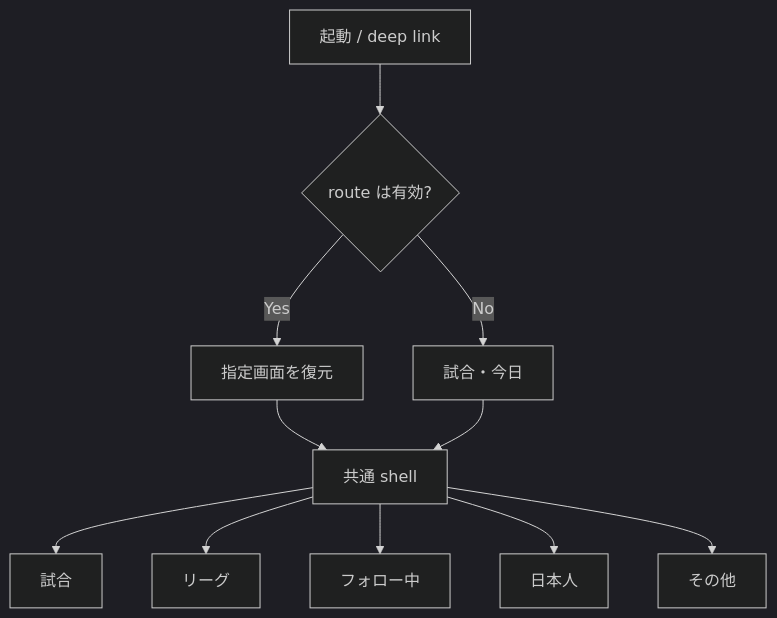
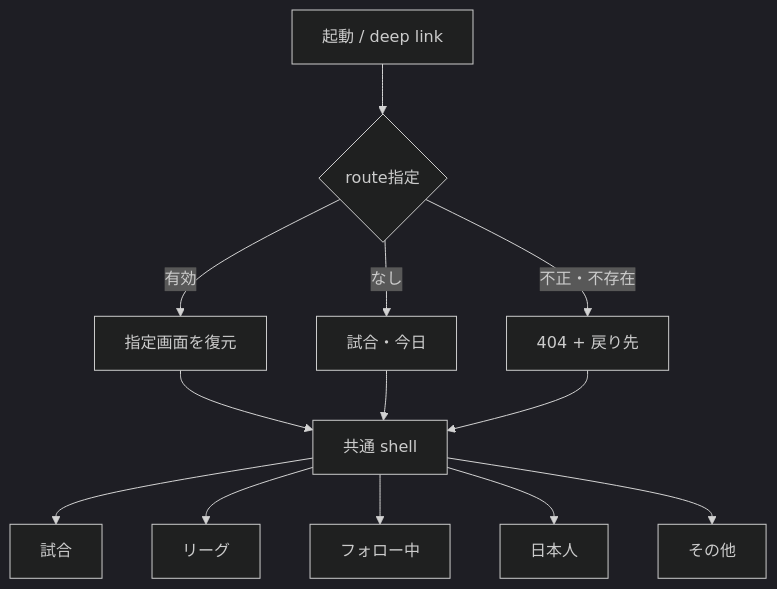
One commit to ssdkllpd/japanese-football-watch changed the first of 5 diagrams in docs/screen-flow-v2-d1-v1.0.md. Above: the diagram before and after it, drawn with Mermaid (dark theme). The commit also changed other lines of this file and 4 other files, not shown here.

````diff
--- a/docs/screen-flow-v2-d1-v1.0.md
+++ b/docs/screen-flow-v2-d1-v1.0.md
@@ -50,13 +50,15 @@
 ```mermaid
 flowchart TD
-    A["起動 / deep link"] --> B{"route は有効?"}
-    B -->|Yes| C["指定画面を復元"]
-    B -->|No| D["試合・今日"]
+    A["起動 / deep link"] --> B{"route指定"}
+    B -->|なし| D["試合・今日"]
+    B -->|有効| C["指定画面を復元"]
+    B -->|不正・不存在| X["404 + 戻り先"]
     C --> E["共通 shell"]
     D --> E
+    X --> E
     E --> M["試合"]
     E --> L["リーグ"]
     E --> F["フォロー中"]
     E --> J["日本人"]
     E --> O["その他"]
 ```
````
